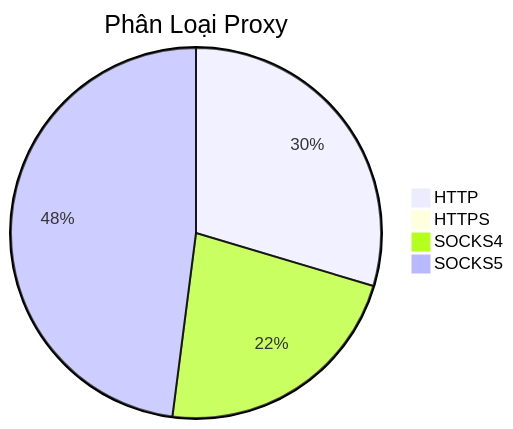
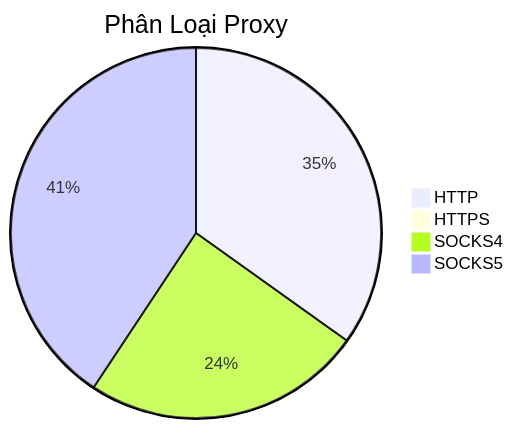
The diagram in README.md (Ciara-12/PROXY-free), drawn with Mermaid before and after one commit. The commit also changed other lines of this file and 4 other files, not shown here.

````diff
--- a/README.md
+++ b/README.md
@@ -26,7 +26,7 @@
 ```mermaid
 pie title Phân Loại Proxy
-    "HTTP" : 604
-    "HTTPS" : 0
-    "SOCKS4" : 457
-    "SOCKS5" : 978
+    "HTTP" : 623
+    "HTTPS" : 1
+    "SOCKS4" : 437
+    "SOCKS5" : 727
 ```
````
